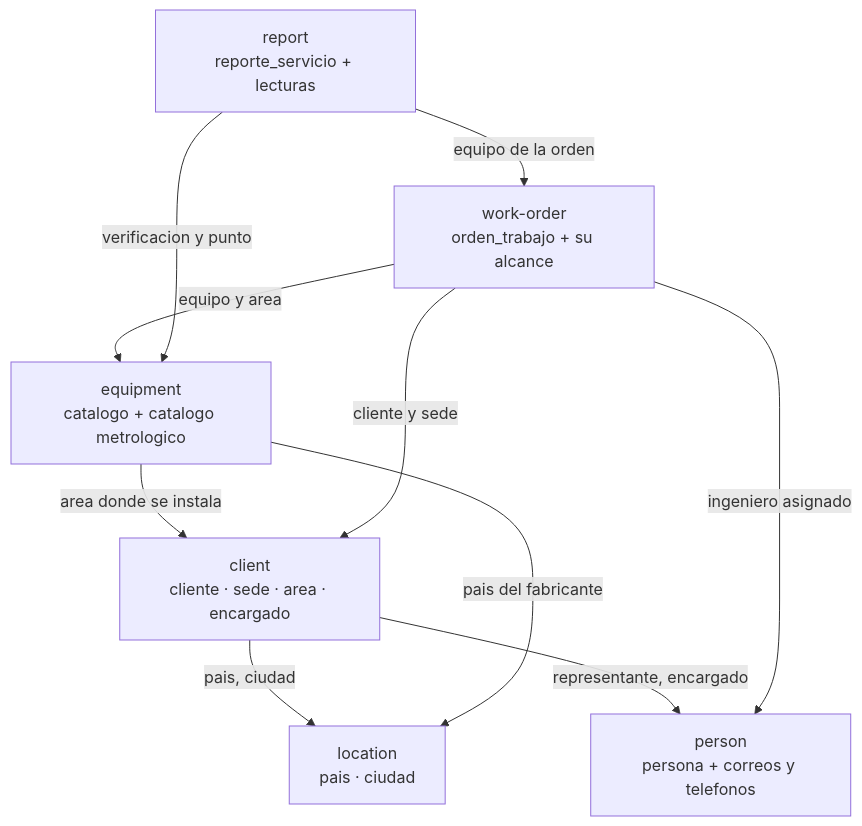
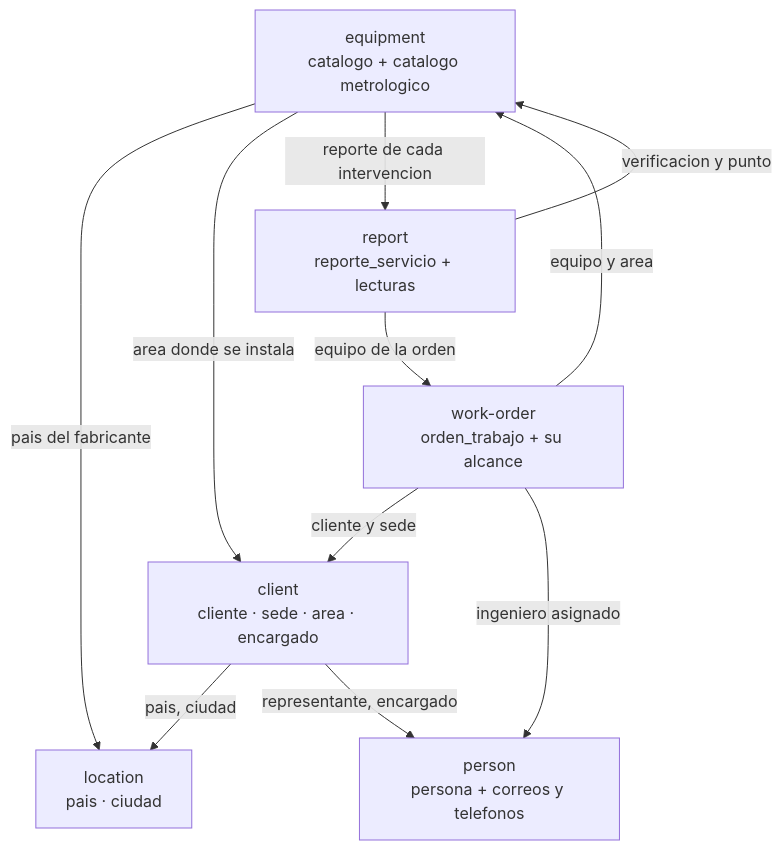
The first of 8 diagrams in SecondBrain/wiki/base-de-datos/esquema-bd-malphasos.md (SeanBol222/MalphasOs), drawn with Mermaid before and after one commit. The commit also changed other lines of this file and 9 other files, not shown here.

````diff
--- a/SecondBrain/wiki/base-de-datos/esquema-bd-malphasos.md
+++ b/SecondBrain/wiki/base-de-datos/esquema-bd-malphasos.md
@@ -99,19 +104,20 @@
 ```mermaid
 graph TD
     location["location<br/>pais · ciudad"]
     person["person<br/>persona + correos y telefonos"]
     client["client<br/>cliente · sede · area · encargado"]
     equipment["equipment<br/>catalogo + catalogo metrologico"]
     workorder["work-order<br/>orden_trabajo + su alcance"]
     report["report<br/>reporte_servicio + lecturas"]
 
     client -->|pais, ciudad| location
     client -->|representante, encargado| person
     equipment -->|pais del fabricante| location
     equipment -->|area donde se instala| client
+    equipment -->|reporte de cada intervencion| report
     workorder -->|cliente y sede| client
     workorder -->|ingeniero asignado| person
     workorder -->|equipo y area| equipment
     report -->|equipo de la orden| workorder
     report -->|verificacion y punto| equipment
 ```
````
